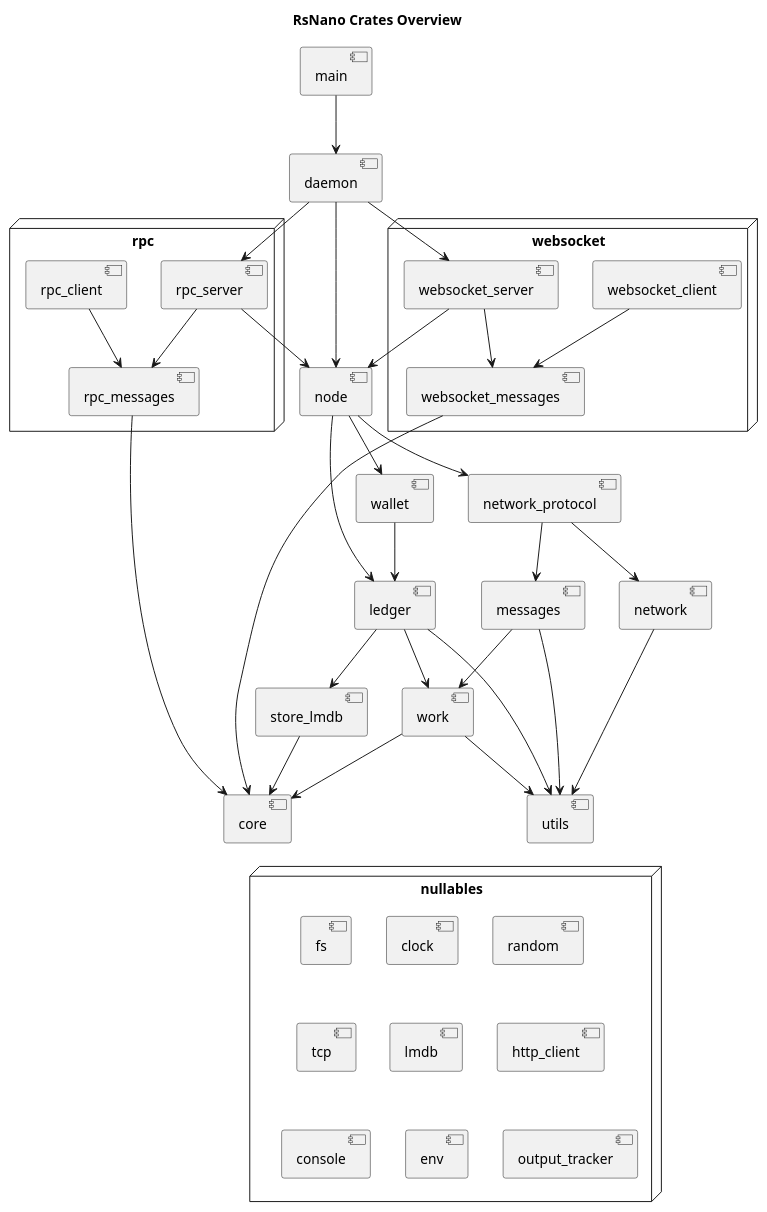
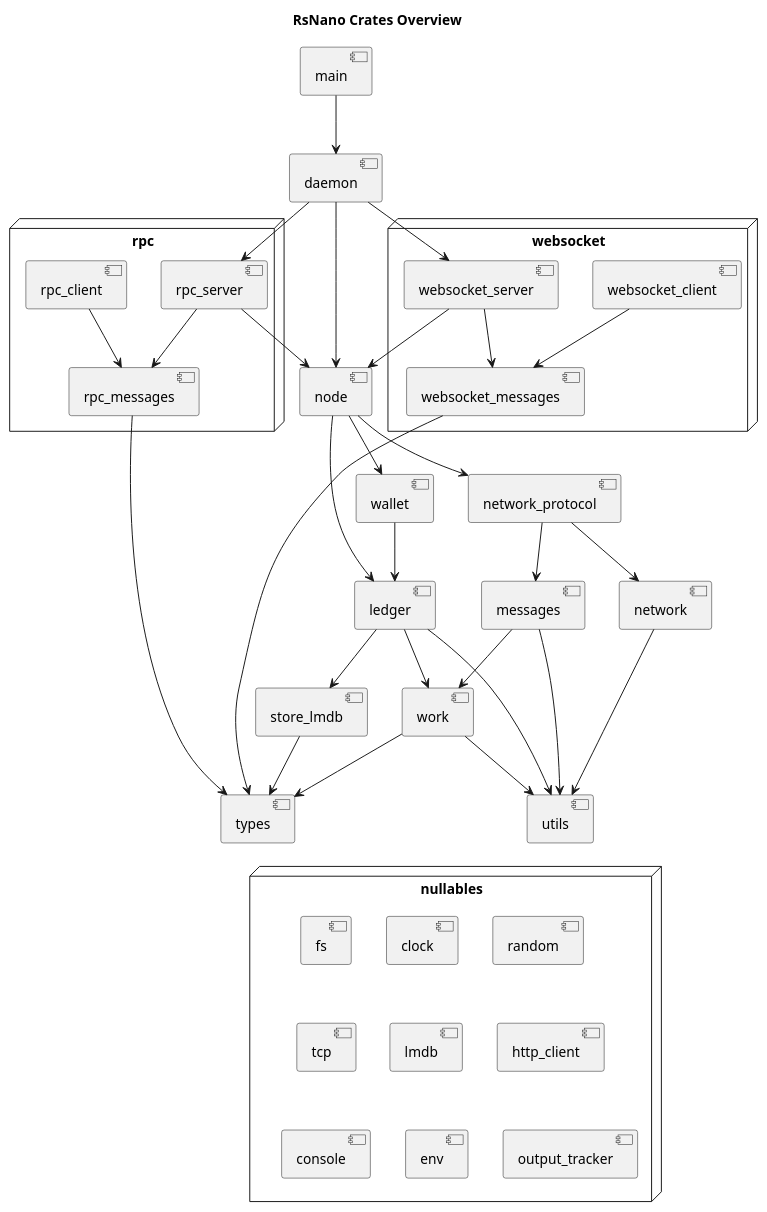
One commit to RickiNano/nano-node changed the diagram in doc/crates.puml. Above: the diagram before and after it, drawn with PlantUML. The commit also changed 600 other files, not shown here.

Commit message:
Rename crate rsnano_core to rsnano_types

```diff
--- a/doc/crates.puml
+++ b/doc/crates.puml
@@ -1,69 +1,69 @@
 @startuml
 title RsNano Crates Overview
 
-[core]
+[types]
 [work]
 [utils]
 [ledger]
 [store_lmdb]
 [messages]
 [network]
 [network_protocol]
 [daemon]
 [node]
 [main]
 [wallet]
 
 node "rpc"{
 [rpc_messages]
 [rpc_server]
 [rpc_client]
 }
 
 node "websocket"{
 [websocket_messages]
 [websocket_server]
 [websocket_client]
 }
 
 node "nullables" {
 [fs]
 [clock]
 [random]
 [tcp]
 [lmdb]
 [http_client]
 [console]
 [env]
 [output_tracker]
 }
 
 [main] --> [daemon]
 [daemon] --> [node]
 [daemon] --> [rpc_server]
 [daemon] --> [websocket_server]
 [rpc_server] --> [node]
 [rpc_server] --> [rpc_messages]
 [rpc_client] --> [rpc_messages]
-[rpc_messages] --> [core]
+[rpc_messages] --> [types]
 [node] --> [ledger]
 [node] --> [network_protocol]
 [node] --> [wallet]
 [network_protocol] --> messages
 [network_protocol] --> network
 [websocket_server] --> [websocket_messages]
 [websocket_server] --> [node]
-[websocket_messages] --> [core]
+[websocket_messages] --> [types]
 [websocket_client] --> [websocket_messages]
 [messages] --> [work]
 [messages] --> [utils]
 [network] --> [utils]
 [ledger] --> [store_lmdb]
 [ledger] --> [work]
 [ledger] --> [utils]
-[store_lmdb] --> [core]
-[work] --> [core]
+[store_lmdb] --> [types]
+[work] --> [types]
 [work] --> [utils]
 [wallet] --> [ledger]
-[core] -[hidden]-> "nullables"
+[types] -[hidden]-> "nullables"
 @enduml
```
